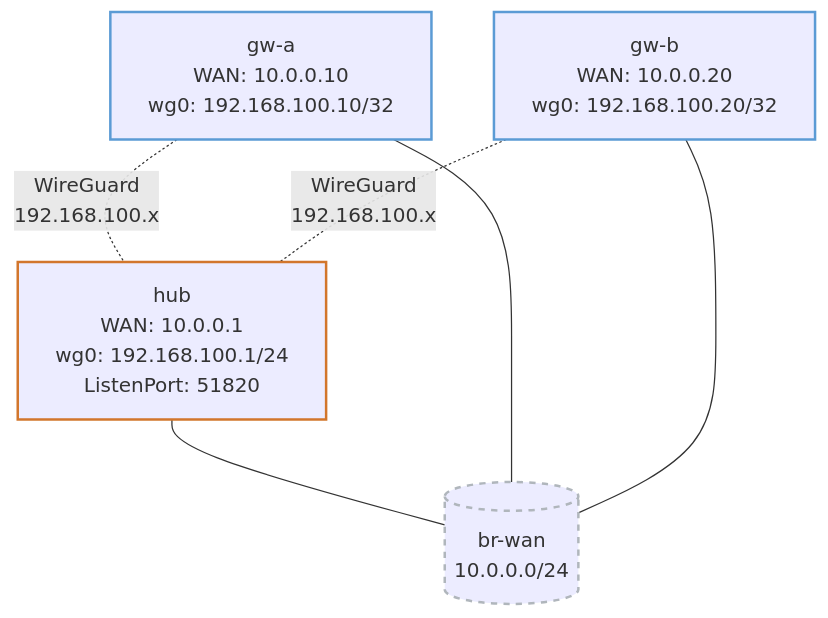
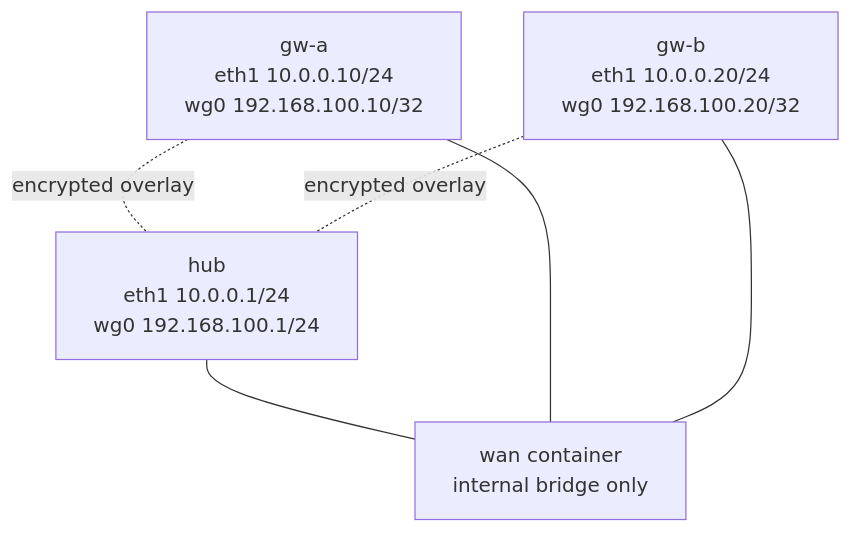
Before and after one commit to jschless/networkingLabs: the diagram in labs/wireguard/README.md, drawn with Mermaid. The commit also changed other lines of this file and 198 other files, not shown here.

````diff
--- a/labs/wireguard/README.md
+++ b/labs/wireguard/README.md
@@ -12,21 +12,13 @@
 ```mermaid
 flowchart TB
-    brwan[("br-wan<br/>10.0.0.0/24")]
-    hub["hub<br/>WAN: 10.0.0.1<br/>wg0: 192.168.100.1/24<br/>ListenPort: 51820"]
-    gwa["gw-a<br/>WAN: 10.0.0.10<br/>wg0: 192.168.100.10/32"]
-    gwb["gw-b<br/>WAN: 10.0.0.20<br/>wg0: 192.168.100.20/32"]
+    wan["wan container<br/>internal bridge only"]
+    hub["hub<br/>eth1 10.0.0.1/24<br/>wg0 192.168.100.1/24"]
+    gwa["gw-a<br/>eth1 10.0.0.10/24<br/>wg0 192.168.100.10/32"]
+    gwb["gw-b<br/>eth1 10.0.0.20/24<br/>wg0 192.168.100.20/32"]
 
-    hub --- brwan
-    gwa --- brwan
-    gwb --- brwan
-
-    gwa -. "WireGuard<br/>192.168.100.x" .- hub
-    gwb -. "WireGuard<br/>192.168.100.x" .- hub
-
-    classDef hub stroke:#d2762c,stroke-width:2px
-    classDef spoke stroke:#5b9bd5,stroke-width:2px
-    classDef wan stroke:#b0b6bc,stroke-width:2px,stroke-dasharray:5
-    class hub hub
-    class gwa,gwb spoke
-    class brwan wan
+    hub --- wan
+    gwa --- wan
+    gwb --- wan
+    gwa -. "encrypted overlay" .- hub
+    gwb -. "encrypted overlay" .- hub
 ```
````
